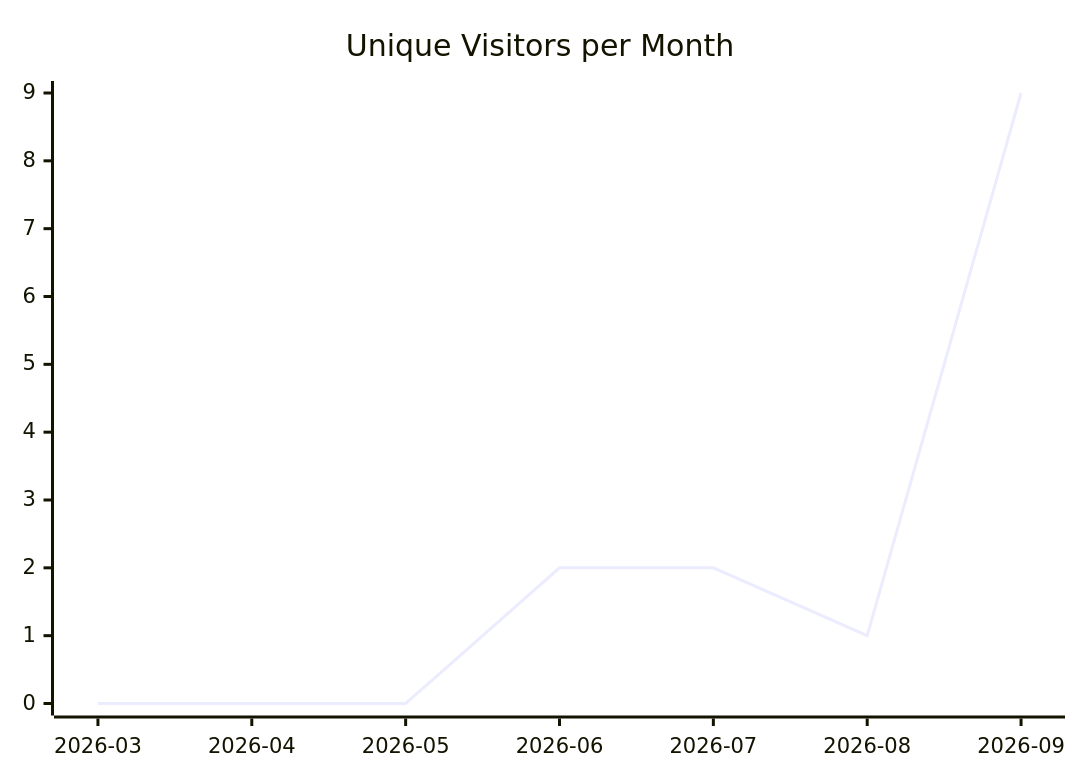
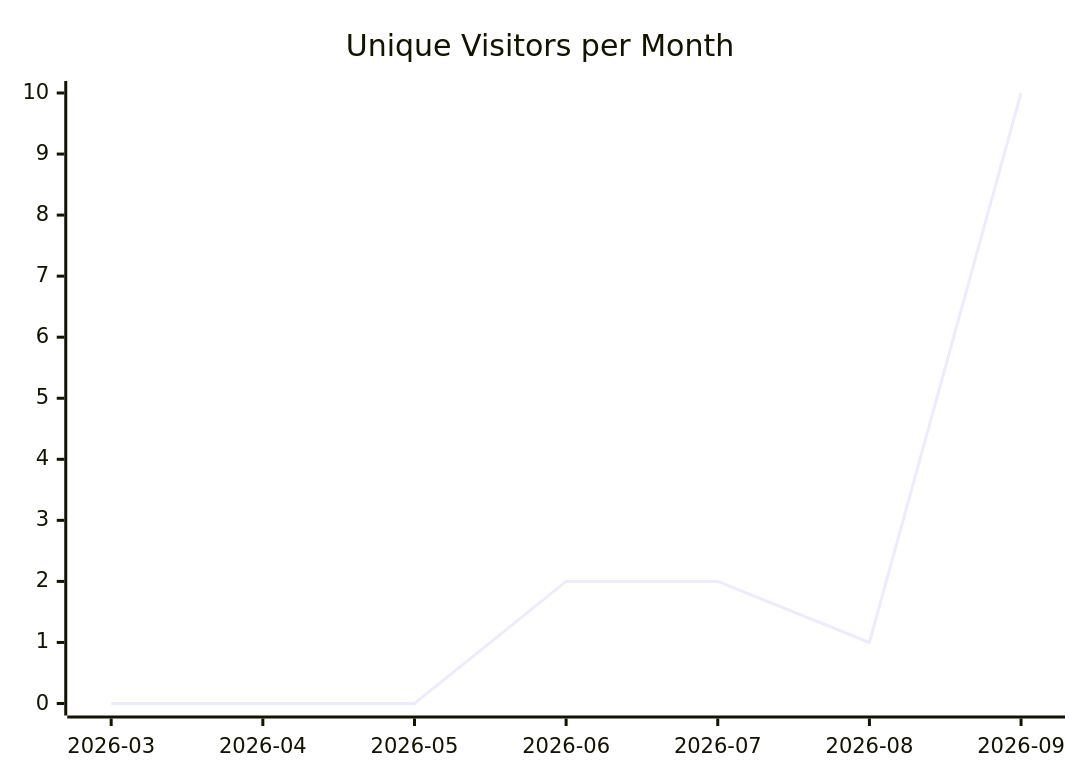
Before and after one commit to justdavis-family/github-analytics-data: the first of 3 diagrams in karlmdavis/dotfiles/README.md, drawn with Mermaid. The commit also changed other lines of this file and 202 other files, not shown here.

````diff
--- a/karlmdavis/dotfiles/README.md
+++ b/karlmdavis/dotfiles/README.md
@@ -5,6 +5,6 @@
 ```mermaid
 xychart-beta
   title "Unique Visitors per Month"
   x-axis ["2026-03", "2026-04", "2026-05", "2026-06", "2026-07", "2026-08", "2026-09"]
-  line [0, 0, 0, 2, 2, 1, 9]
+  line [0, 0, 0, 2, 2, 1, 10]
 ```
````
